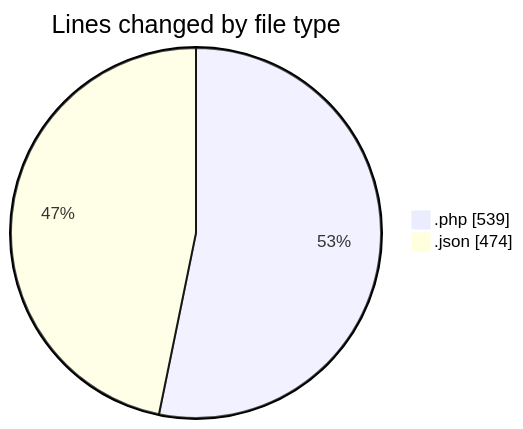
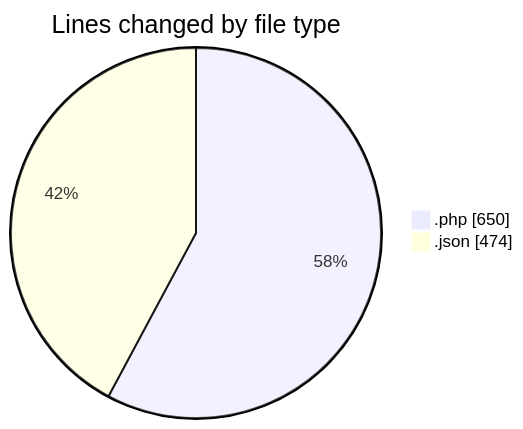
Before and after one commit to idhammustaqopulfikri/code-tracking: the first of 2 diagrams in 2025-05-16/booking/README.md, drawn with Mermaid. The commit also changed other lines of this file and 1 other file, not shown here.

````diff
--- a/2025-05-16/booking/README.md
+++ b/2025-05-16/booking/README.md
@@ -32,6 +35,6 @@
 ```mermaid
 pie showData
 title Lines changed by file type
-".php" : 539
+".php" : 650
 ".json" : 474
 ```
````
